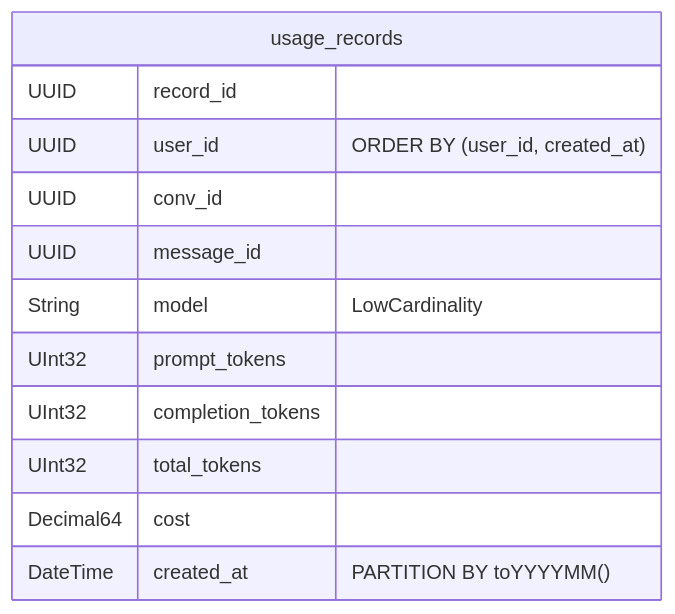
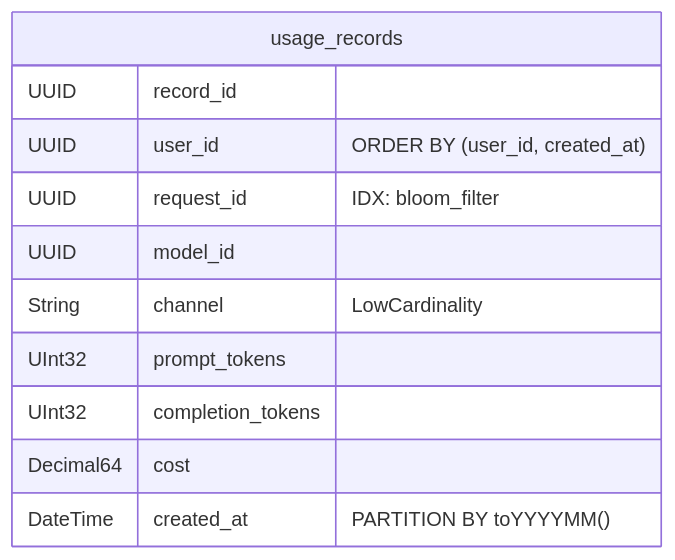
Before and after one commit to yaksase/highload_hse: the sixth of 7 diagrams in README.md, drawn with Mermaid. The commit also changed other lines of this file and 2 other files, not shown here.

````diff
--- a/README.md
+++ b/README.md
@@ -1215,15 +1294,14 @@
 ```mermaid
 erDiagram
     usage_records {
         UUID record_id
         UUID user_id "ORDER BY (user_id, created_at)"
-        UUID conv_id
-        UUID message_id
-        String model "LowCardinality"
+        UUID request_id "IDX: bloom_filter"
+        UUID model_id
+        String channel "LowCardinality"
         UInt32 prompt_tokens
         UInt32 completion_tokens
-        UInt32 total_tokens
         Decimal64 cost
         DateTime created_at "PARTITION BY toYYYYMM()"
     }
 ```
````
